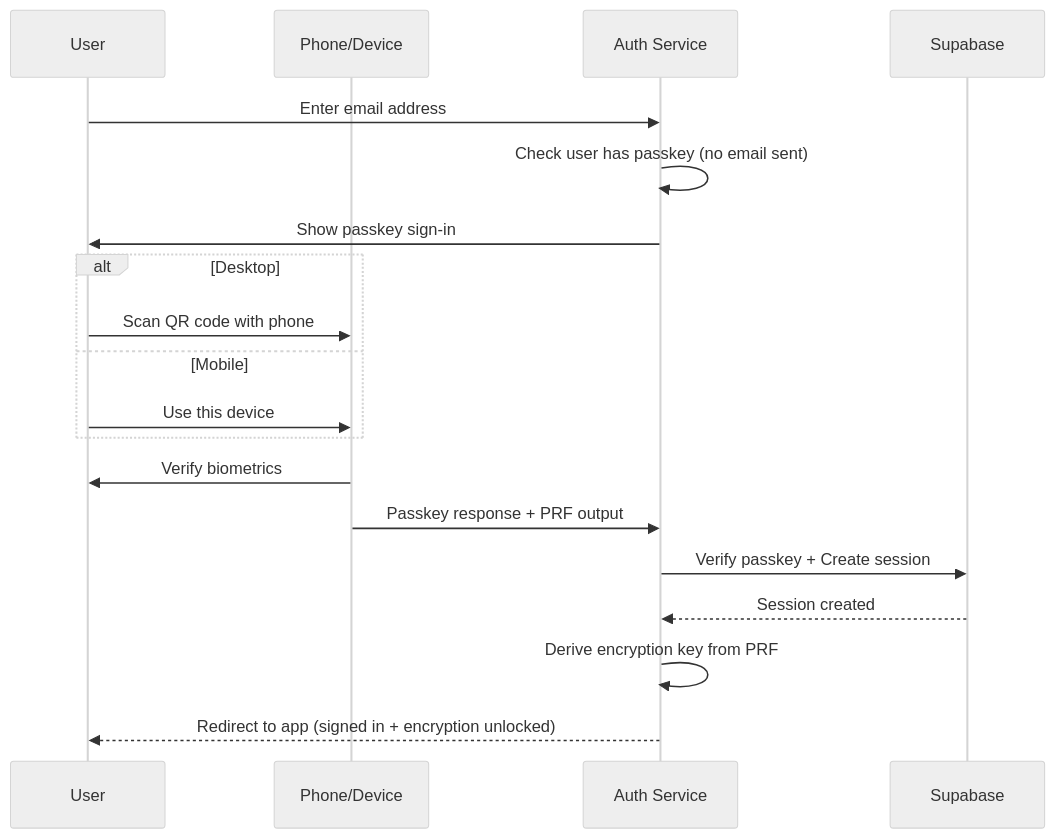
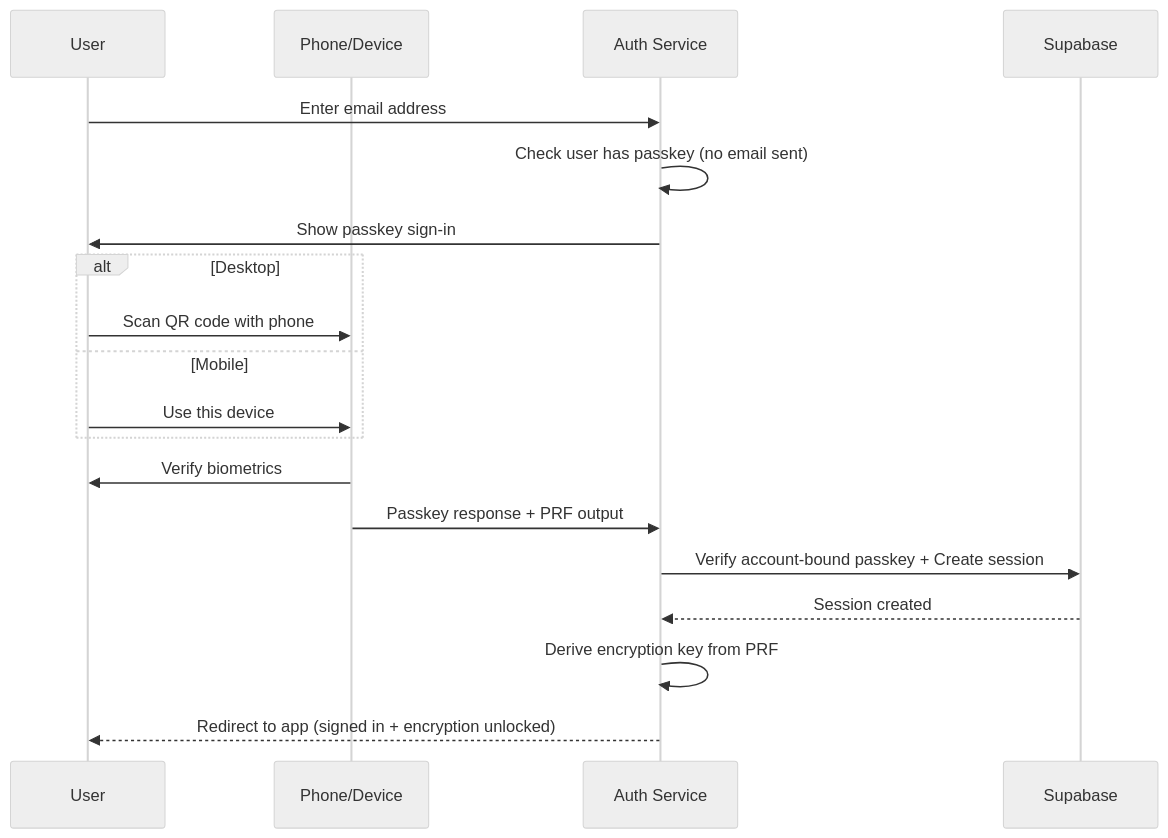
The second of 2 diagrams in apps/auth/README.md (CasparRubin/helvety), drawn with Mermaid (neutral theme) before and after one commit. The commit also changed other lines of this file and 61 other files, not shown here.

````diff
--- a/apps/auth/README.md
+++ b/apps/auth/README.md
@@ -99,22 +99,22 @@
 ```mermaid
 sequenceDiagram
     participant U as User
     participant P as Phone/Device
     participant A as Auth Service
     participant S as Supabase
 
     U->>A: Enter email address
     A->>A: Check user has passkey (no email sent)
     A->>U: Show passkey sign-in
     alt Desktop
       U->>P: Scan QR code with phone
     else Mobile
       U->>P: Use this device
     end
     P->>U: Verify biometrics
     P->>A: Passkey response + PRF output
-    A->>S: Verify passkey + Create session
+    A->>S: Verify account-bound passkey + Create session
     S-->>A: Session created
     A->>A: Derive encryption key from PRF
     A-->>U: Redirect to app (signed in + encryption unlocked)
 ```
````
